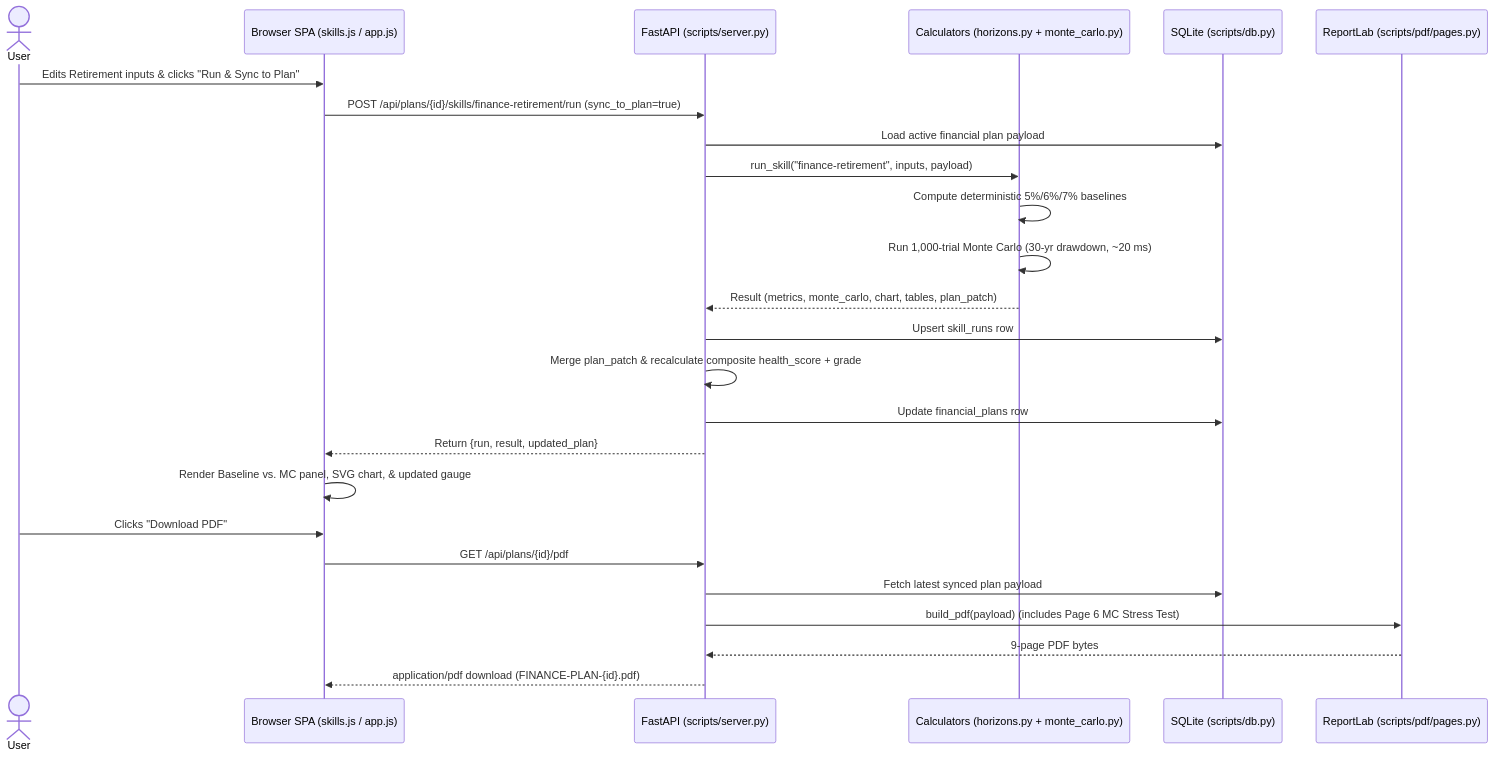
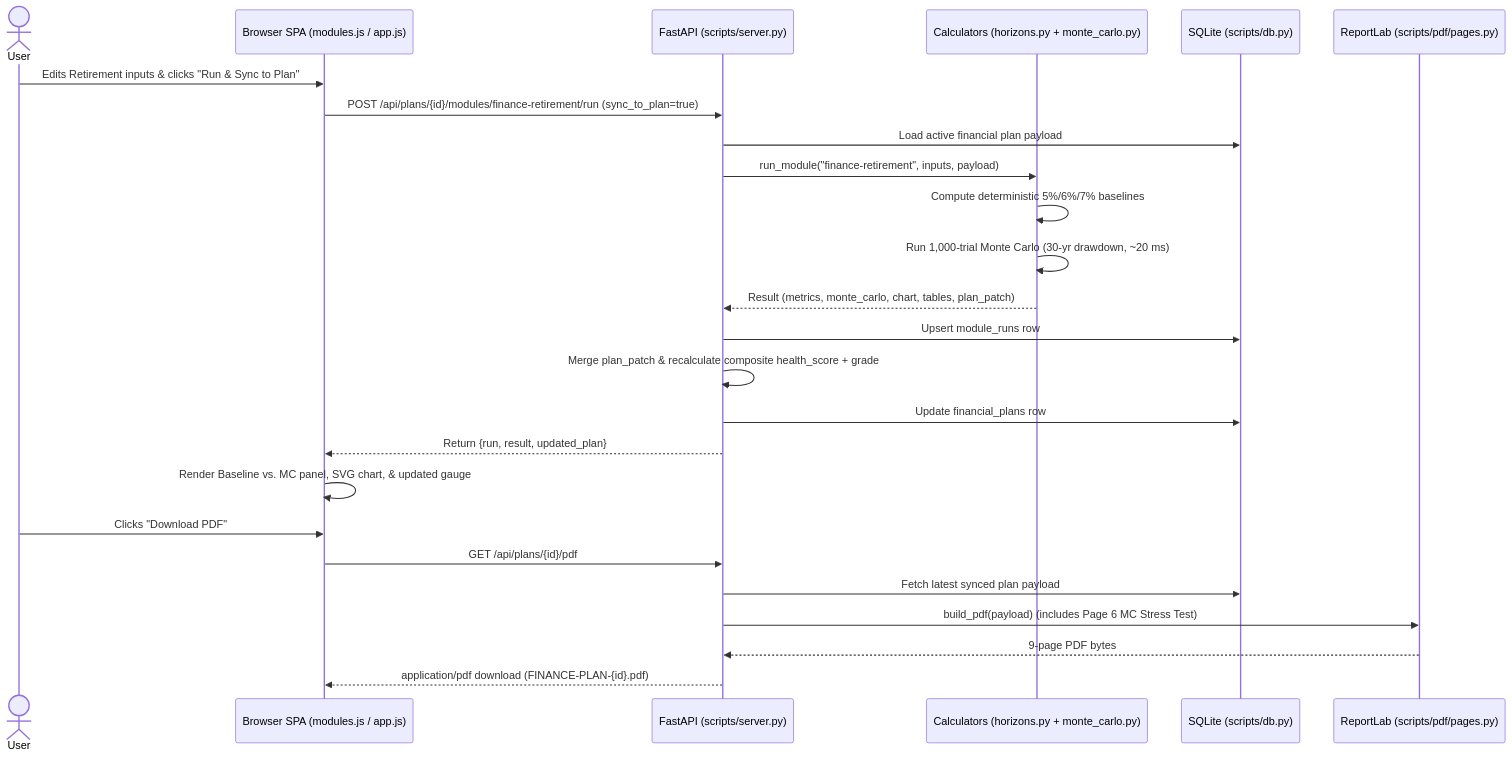
Before and after one commit to pmishra02138/ai-finance: the third of 4 diagrams in docs/WORKFLOW.md, drawn with Mermaid. The commit also changed other lines of this file and 19 other files, not shown here.

Commit message:
Rename skill terminology to module across backend, UI, DB, docs, and add static no-cache headers

````diff
--- a/docs/WORKFLOW.md
+++ b/docs/WORKFLOW.md
@@ -85,29 +85,29 @@
 ```mermaid
 sequenceDiagram
     actor User
-    participant UI as Browser SPA (skills.js / app.js)
+    participant UI as Browser SPA (modules.js / app.js)
     participant API as FastAPI (scripts/server.py)
     participant Calc as Calculators (horizons.py + monte_carlo.py)
     participant DB as SQLite (scripts/db.py)
     participant PDF as ReportLab (scripts/pdf/pages.py)
 
     User->>UI: Edits Retirement inputs & clicks "Run & Sync to Plan"
-    UI->>API: POST /api/plans/{id}/skills/finance-retirement/run (sync_to_plan=true)
+    UI->>API: POST /api/plans/{id}/modules/finance-retirement/run (sync_to_plan=true)
     API->>DB: Load active financial plan payload
-    API->>Calc: run_skill("finance-retirement", inputs, payload)
+    API->>Calc: run_module("finance-retirement", inputs, payload)
     Calc->>Calc: Compute deterministic 5%/6%/7% baselines
     Calc->>Calc: Run 1,000-trial Monte Carlo (30-yr drawdown, ~20 ms)
     Calc-->>API: Result (metrics, monte_carlo, chart, tables, plan_patch)
-    API->>DB: Upsert skill_runs row
+    API->>DB: Upsert module_runs row
     API->>API: Merge plan_patch & recalculate composite health_score + grade
     API->>DB: Update financial_plans row
     API-->>UI: Return {run, result, updated_plan}
     UI->>UI: Render Baseline vs. MC panel, SVG chart, & updated gauge
 
     User->>UI: Clicks "Download PDF"
     UI->>API: GET /api/plans/{id}/pdf
     API->>DB: Fetch latest synced plan payload
     API->>PDF: build_pdf(payload) (includes Page 6 MC Stress Test)
     PDF-->>API: 9-page PDF bytes
     API-->>UI: application/pdf download (FINANCE-PLAN-{id}.pdf)
 ```
````
